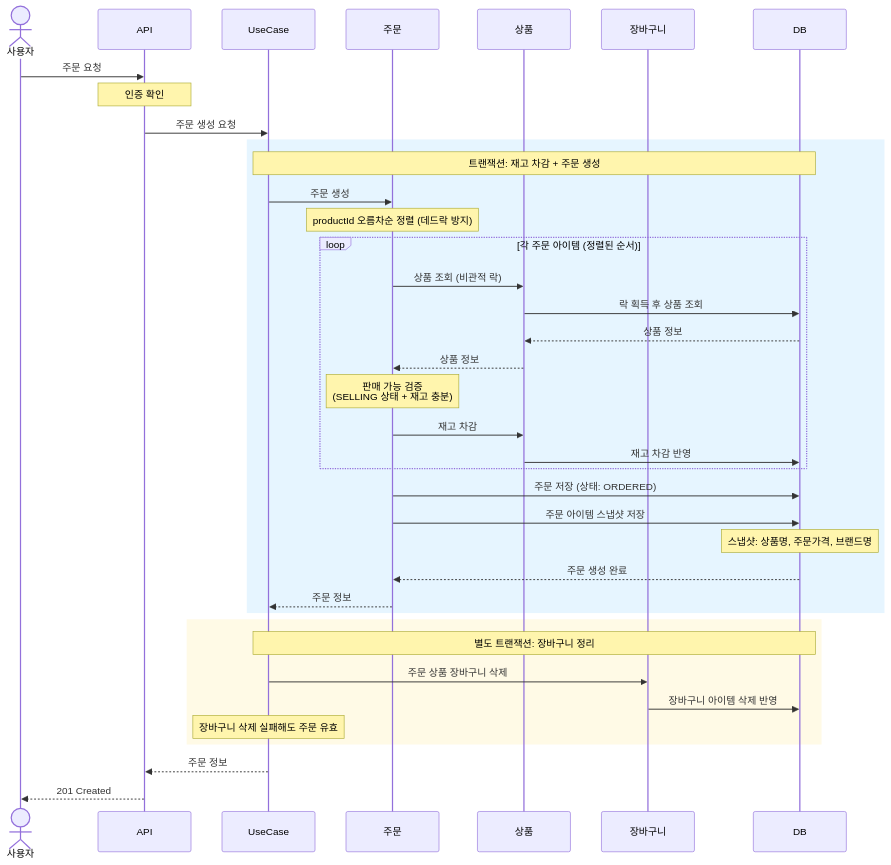
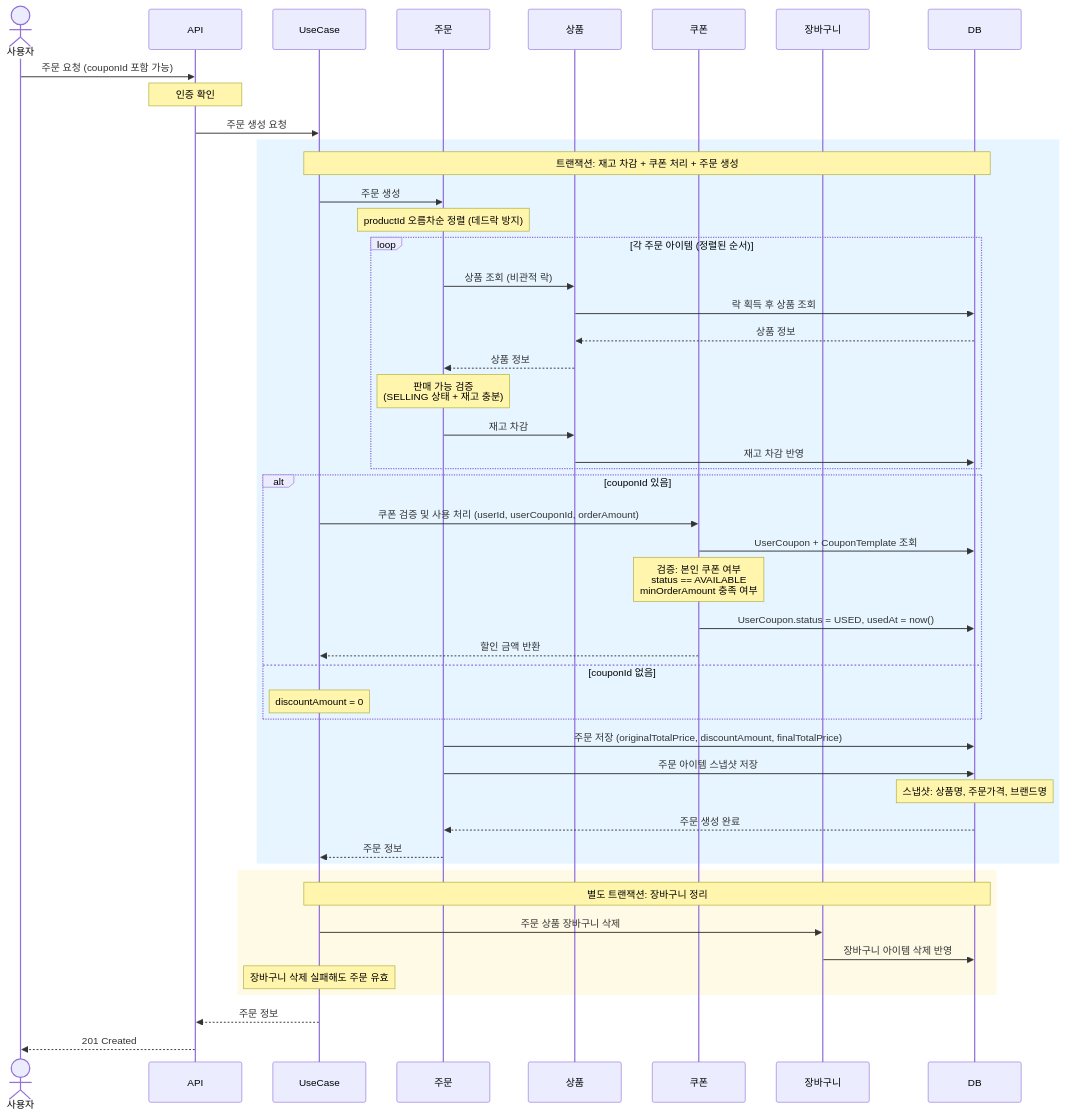
Before and after one commit to najang/loop-pack-be-l2-vol3-java: diagram 13 of 20 in docs/design/02-sequence-diagrams.md, drawn with Mermaid. The commit also changed other lines of this file and 3 other files, not shown here.

````diff
--- a/docs/design/02-sequence-diagrams.md
+++ b/docs/design/02-sequence-diagrams.md
@@ -437,51 +516,62 @@
 ```mermaid
 sequenceDiagram
     actor 사용자
     participant API
     participant UseCase
     participant 주문
     participant 상품
+    participant 쿠폰
     participant 장바구니
     participant DB
 
-    사용자->>API: 주문 요청
+    사용자->>API: 주문 요청 (couponId 포함 가능)
     Note over API: 인증 확인
 
     API->>UseCase: 주문 생성 요청
 
     rect rgb(230, 245, 255)
-        Note over UseCase,DB: 트랜잭션: 재고 차감 + 주문 생성
+        Note over UseCase,DB: 트랜잭션: 재고 차감 + 쿠폰 처리 + 주문 생성
 
         UseCase->>주문: 주문 생성
         Note over 주문: productId 오름차순 정렬 (데드락 방지)
 
         loop 각 주문 아이템 (정렬된 순서)
             주문->>상품: 상품 조회 (비관적 락)
             상품->>DB: 락 획득 후 상품 조회
             DB-->>상품: 상품 정보
             상품-->>주문: 상품 정보
 
             Note over 주문: 판매 가능 검증<br/>(SELLING 상태 + 재고 충분)
 
             주문->>상품: 재고 차감
             상품->>DB: 재고 차감 반영
         end
 
-        주문->>DB: 주문 저장 (상태: ORDERED)
+        alt couponId 있음
+            UseCase->>쿠폰: 쿠폰 검증 및 사용 처리 (userId, userCouponId, orderAmount)
+            쿠폰->>DB: UserCoupon + CouponTemplate 조회
+            Note over 쿠폰: 검증: 본인 쿠폰 여부<br/>status == AVAILABLE<br/>minOrderAmount 충족 여부
+            쿠폰->>DB: UserCoupon.status = USED, usedAt = now()
+            쿠폰-->>UseCase: 할인 금액 반환
+        else couponId 없음
+            Note over UseCase: discountAmount = 0
+        end
+
+        주문->>DB: 주문 저장 (originalTotalPrice, discountAmount, finalTotalPrice)
         주문->>DB: 주문 아이템 스냅샷 저장
         Note over DB: 스냅샷: 상품명, 주문가격, 브랜드명
         DB-->>주문: 주문 생성 완료
         주문-->>UseCase: 주문 정보
     end
 
     rect rgb(255, 250, 230)
         Note over UseCase,DB: 별도 트랜잭션: 장바구니 정리
 
         UseCase->>장바구니: 주문 상품 장바구니 삭제
         장바구니->>DB: 장바구니 아이템 삭제 반영
         Note over UseCase: 장바구니 삭제 실패해도 주문 유효
     end
 
     UseCase-->>API: 주문 정보
     API-->>사용자: 201 Created
 ```
````
